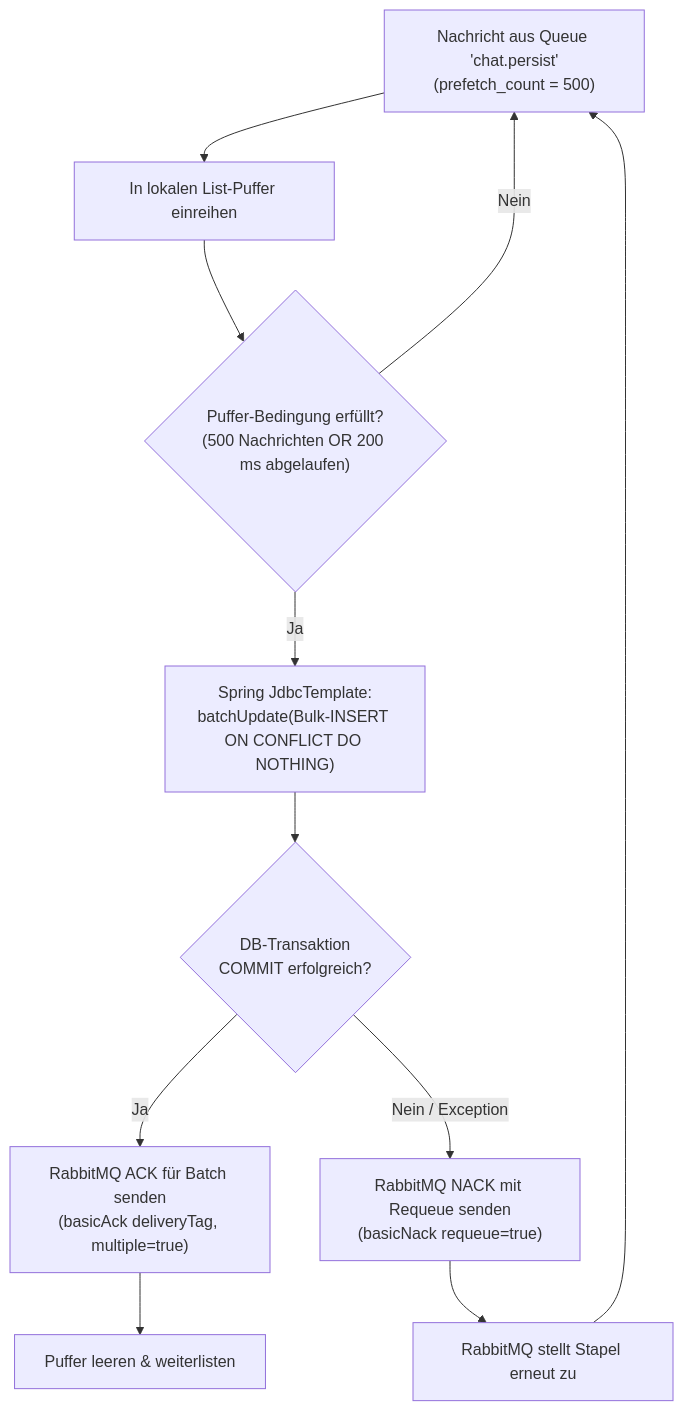
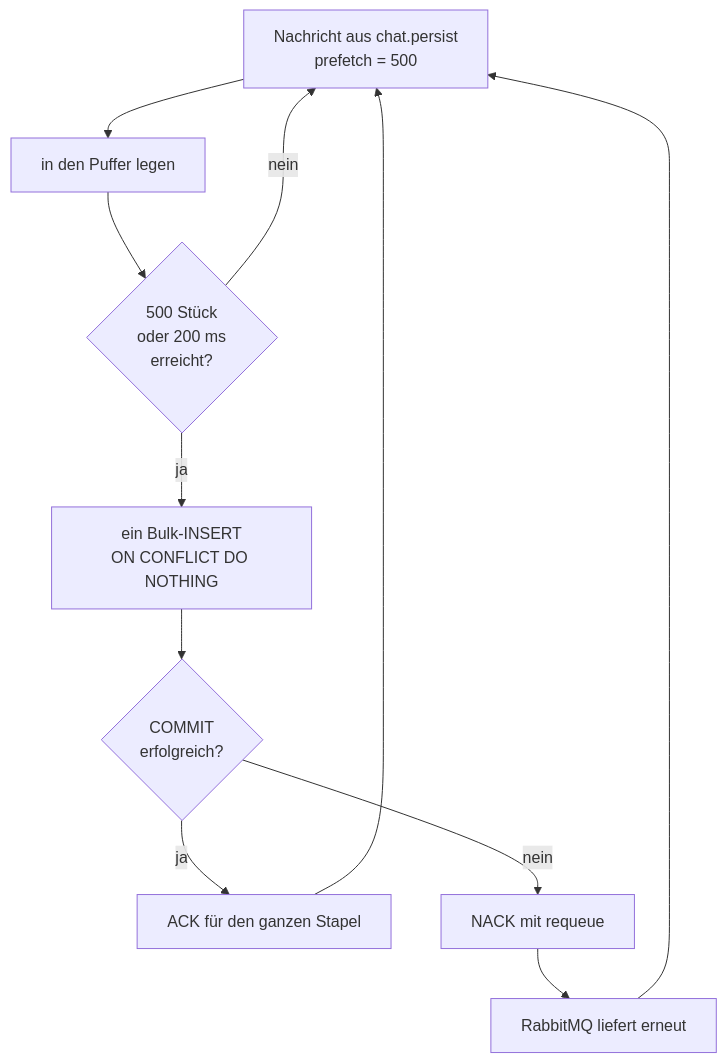
One commit to Vidrai/it3c-m321 changed the fourth of 5 diagrams in PLANUNG.md. Above: the diagram before and after it, drawn with Mermaid. The commit also changed other lines of this file and 5 other files, not shown here.

````diff
--- a/PLANUNG.md
+++ b/PLANUNG.md
@@ -224,13 +214,13 @@
 ```mermaid
 flowchart TD
-    Start["Nachricht aus Queue 'chat.persist'<br/>(prefetch_count = 500)"] --> Buffer["In lokalen List-Puffer einreihen"]
-    Buffer --> Check{"Puffer-Bedingung erfüllt?<br/>(500 Nachrichten OR 200 ms abgelaufen)"}
-    Check -- Nein --> Start
-    Check -- Ja --> BulkInsert["Spring JdbcTemplate:<br/>batchUpdate(Bulk-INSERT ON CONFLICT DO NOTHING)"]
-    BulkInsert --> DBExec{"DB-Transaktion<br/>COMMIT erfolgreich?"}
-    DBExec -- Ja --> SendACK["RabbitMQ ACK für Batch senden<br/>(basicAck deliveryTag, multiple=true)"]
-    DBExec -- Nein / Exception --> SendNACK["RabbitMQ NACK mit Requeue senden<br/>(basicNack requeue=true)"]
-    SendACK --> ClearBuffer["Puffer leeren & weiterlisten"]
-    SendNACK --> Requeue["RabbitMQ stellt Stapel erneut zu"]
-    Requeue --> Start
+    S["Nachricht aus chat.persist<br/>prefetch = 500"] --> P["in den Puffer legen"]
+    P --> C{"500 Stück<br/>oder 200 ms<br/>erreicht?"}
+    C -->|nein| S
+    C -->|ja| I["ein Bulk-INSERT<br/>ON CONFLICT DO NOTHING"]
+    I --> T{"COMMIT<br/>erfolgreich?"}
+    T -->|ja| A["ACK für den ganzen Stapel"]
+    T -->|nein| N["NACK mit requeue"]
+    A --> S
+    N --> R["RabbitMQ liefert erneut"]
+    R --> S
 ```
````
